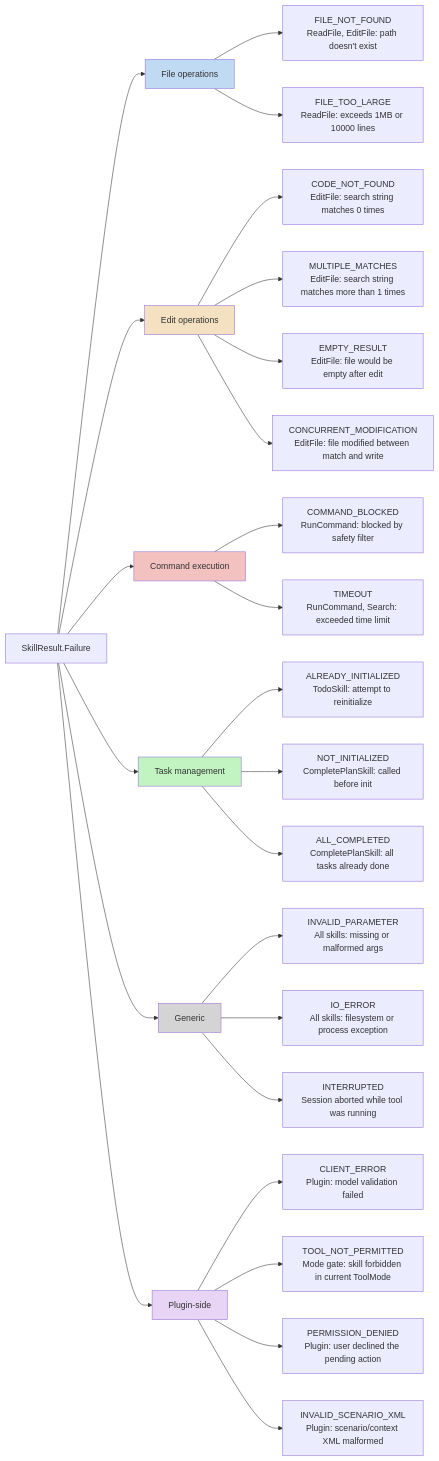
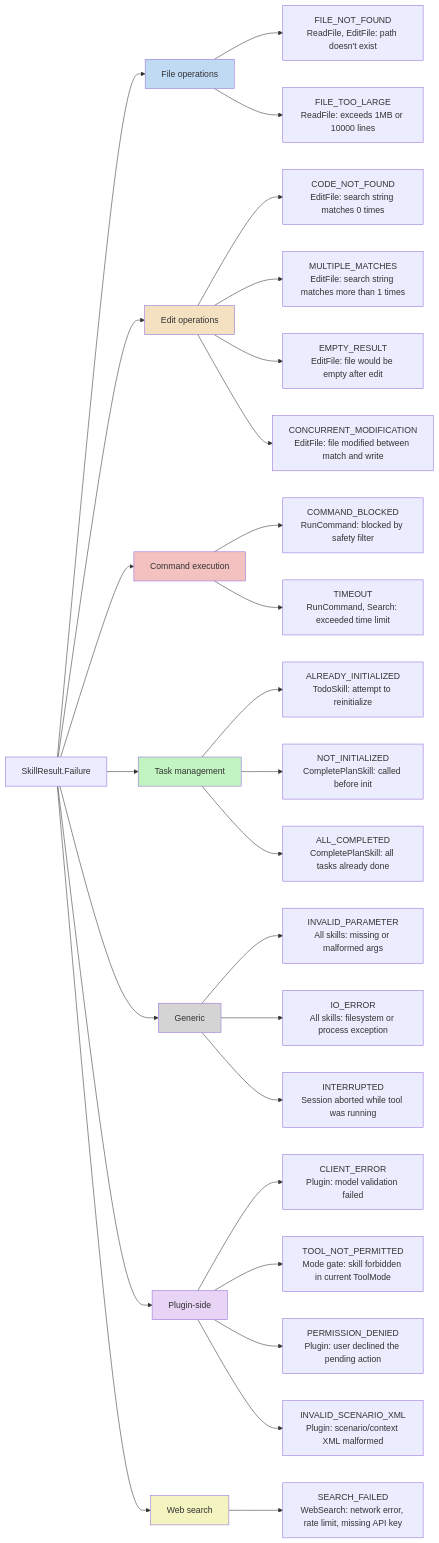
Diagram 21 of 29 in docs/ARCHITECTURE.md (lg841226/Gradum), drawn with Mermaid before and after one commit. The commit also changed other lines of this file and 1 other file, not shown here.

First line of the commit message:
Update docs: WebSearchSkill, ThinkingIndicator, table error style, tool call scroll

````diff
--- a/docs/ARCHITECTURE.md
+++ b/docs/ARCHITECTURE.md
@@ -1433,33 +1440,36 @@
 ```mermaid
 flowchart LR
     ALL[SkillResult.Failure] --> G1[File operations]
     ALL --> G2[Edit operations]
     ALL --> G3[Command execution]
     ALL --> G4[Task management]
     ALL --> G5[Generic]
     ALL --> G6[Plugin-side]
+    ALL --> G7[Web search]
     G1 --> F1["FILE_NOT_FOUND<br/>ReadFile, EditFile: path doesn't exist"]
     G1 --> F2["FILE_TOO_LARGE<br/>ReadFile: exceeds 1MB or 10000 lines"]
     G2 --> F3["CODE_NOT_FOUND<br/>EditFile: search string matches 0 times"]
     G2 --> F4["MULTIPLE_MATCHES<br/>EditFile: search string matches more than 1 times"]
     G2 --> F5["EMPTY_RESULT<br/>EditFile: file would be empty after edit"]
     G2 --> F14["CONCURRENT_MODIFICATION<br/>EditFile: file modified between match and write"]
     G3 --> F6["COMMAND_BLOCKED<br/>RunCommand: blocked by safety filter"]
     G3 --> F7["TIMEOUT<br/>RunCommand, Search: exceeded time limit"]
     G4 --> F8["ALREADY_INITIALIZED<br/>TodoSkill: attempt to reinitialize"]
     G4 --> F9["NOT_INITIALIZED<br/>CompletePlanSkill: called before init"]
     G4 --> F10["ALL_COMPLETED<br/>CompletePlanSkill: all tasks already done"]
     G5 --> F11["INVALID_PARAMETER<br/>All skills: missing or malformed args"]
     G5 --> F12["IO_ERROR<br/>All skills: filesystem or process exception"]
     G5 --> F15["INTERRUPTED<br/>Session aborted while tool was running"]
     G6 --> F13["CLIENT_ERROR<br/>Plugin: model validation failed"]
     G6 --> F16["TOOL_NOT_PERMITTED<br/>Mode gate: skill forbidden in current ToolMode"]
     G6 --> F17["PERMISSION_DENIED<br/>Plugin: user declined the pending action"]
     G6 --> F18["INVALID_SCENARIO_XML<br/>Plugin: scenario/context XML malformed"]
+    G7 --> F19["SEARCH_FAILED<br/>WebSearch: network error, rate limit, missing API key"]
     style G1 fill: #c1daf4
     style G2 fill: #f4e1c1
     style G3 fill: #f4c1c1
     style G4 fill: #c1f4c1
     style G5 fill: #d4d4d4
     style G6 fill: #e8d4f4
+    style G7 fill: #f4f4c1
 ```
````
